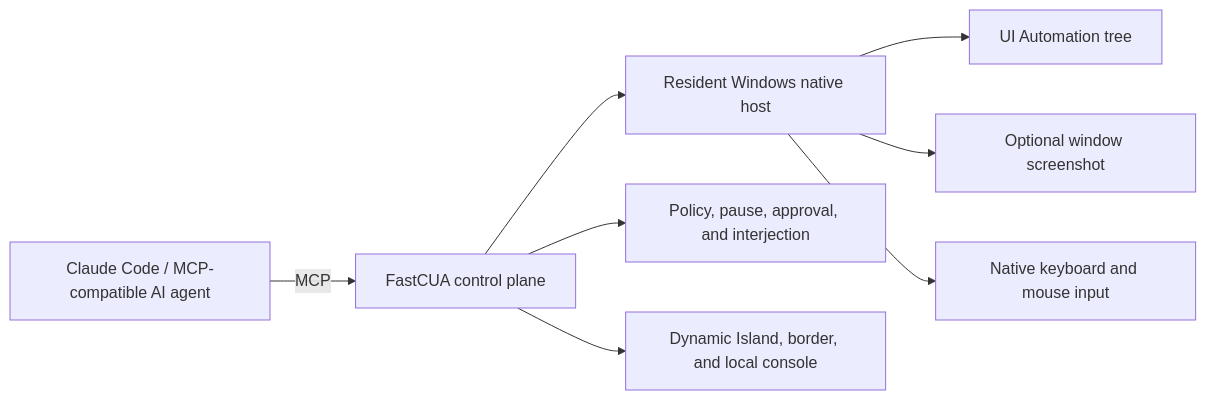
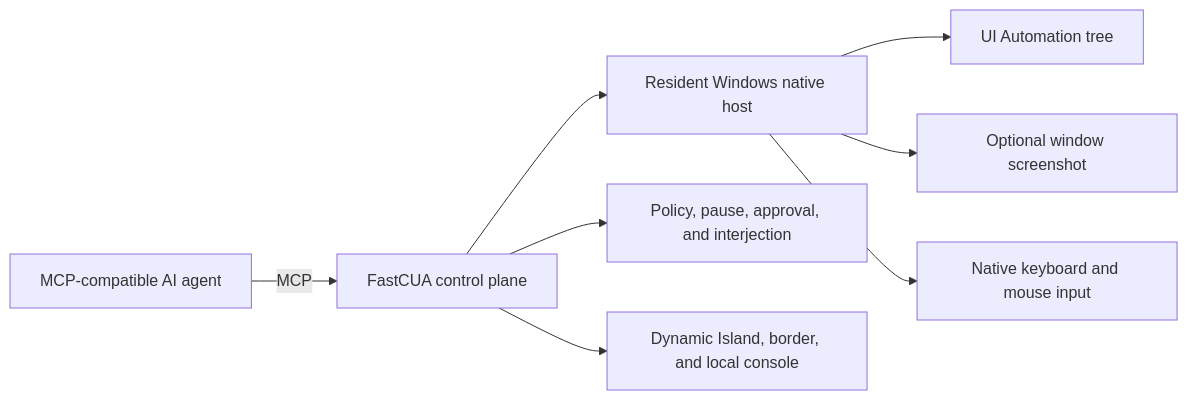
Before and after one commit to Guojiz/FastCUA: the diagram in README.md, drawn with Mermaid. The commit also changed other lines of this file and 20 other files, not shown here.

Commit message:
Stabilize FastCUA v0.1.3 release

````diff
--- a/README.md
+++ b/README.md
@@ -111,10 +111,10 @@
 ```mermaid
 flowchart LR
-  A["Claude Code / MCP-compatible AI agent"] -->|"MCP"| B["FastCUA control plane"]
+  A["MCP-compatible AI agent"] -->|"MCP"| B["FastCUA control plane"]
   B --> C["Resident Windows native host"]
   C --> D["UI Automation tree"]
   C --> E["Optional window screenshot"]
   C --> F["Native keyboard and mouse input"]
   B --> G["Policy, pause, approval, and interjection"]
   B --> H["Dynamic Island, border, and local console"]
 ```
````
